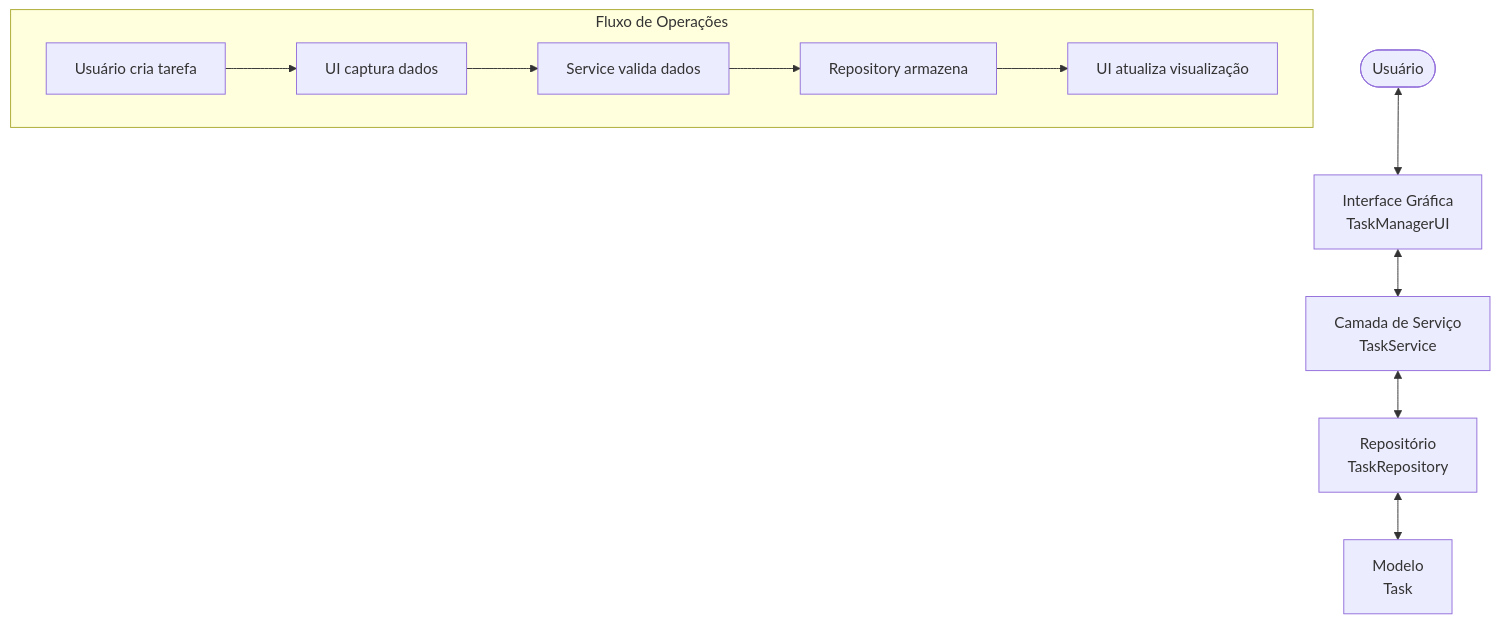
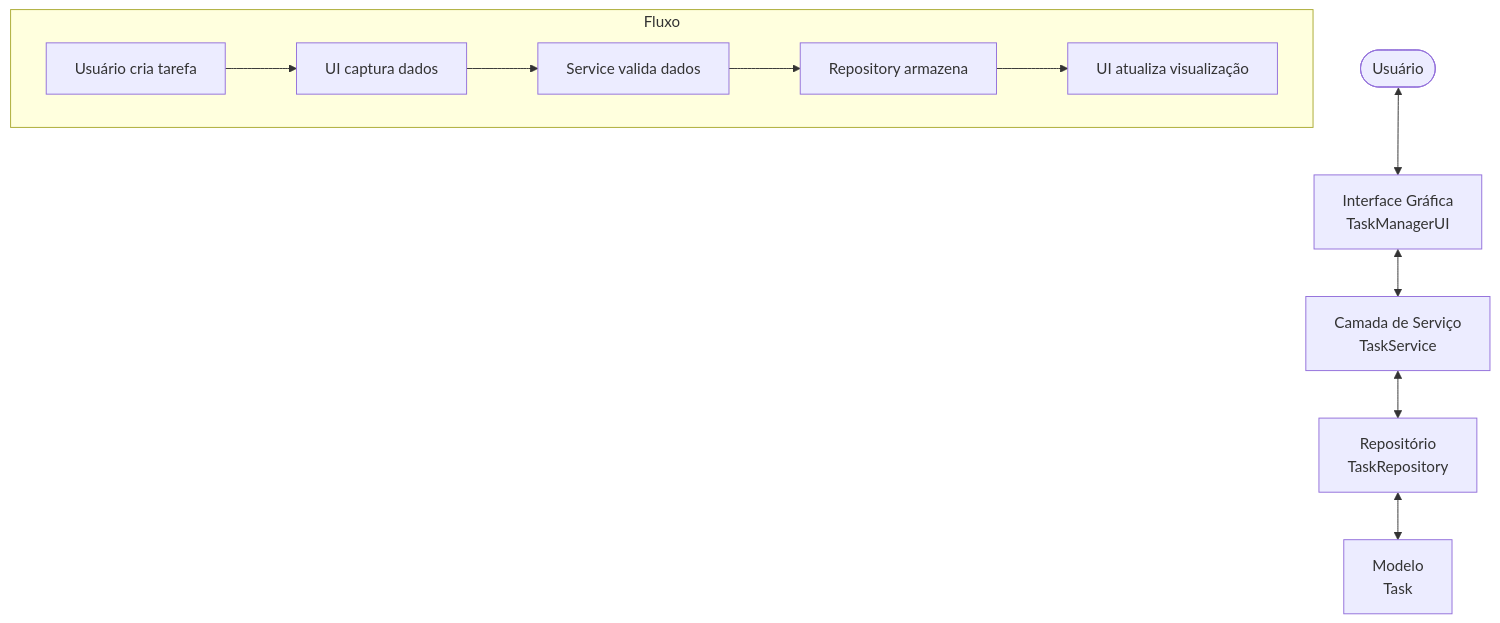
Before and after one commit to dvizioon/VIZIOONTASK: the diagram in README.md, drawn with Mermaid.

Commit message:
up readme

````diff
--- a/README.md
+++ b/README.md
@@ -155,14 +155,14 @@
 ```mermaid
 flowchart TD
     User([Usuário]) <--> UI[Interface Gráfica\nTaskManagerUI]
     UI <--> Service[Camada de Serviço\nTaskService]
     Service <--> Repository[Repositório\nTaskRepository]
     Repository <--> Model[Modelo\nTask]
     
-    subgraph Fluxo de Operações
+    subgraph Fluxo
         A[Usuário cria tarefa] --> B[UI captura dados]
         B --> C[Service valida dados]
         C --> D[Repository armazena]
         D --> E[UI atualiza visualização]
     end
 ```
````
